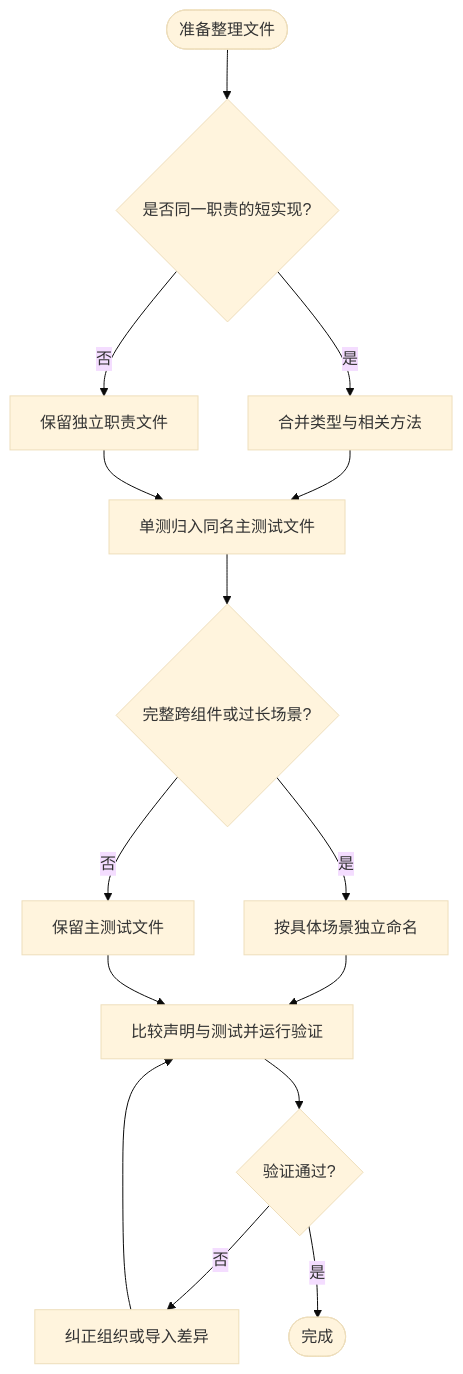
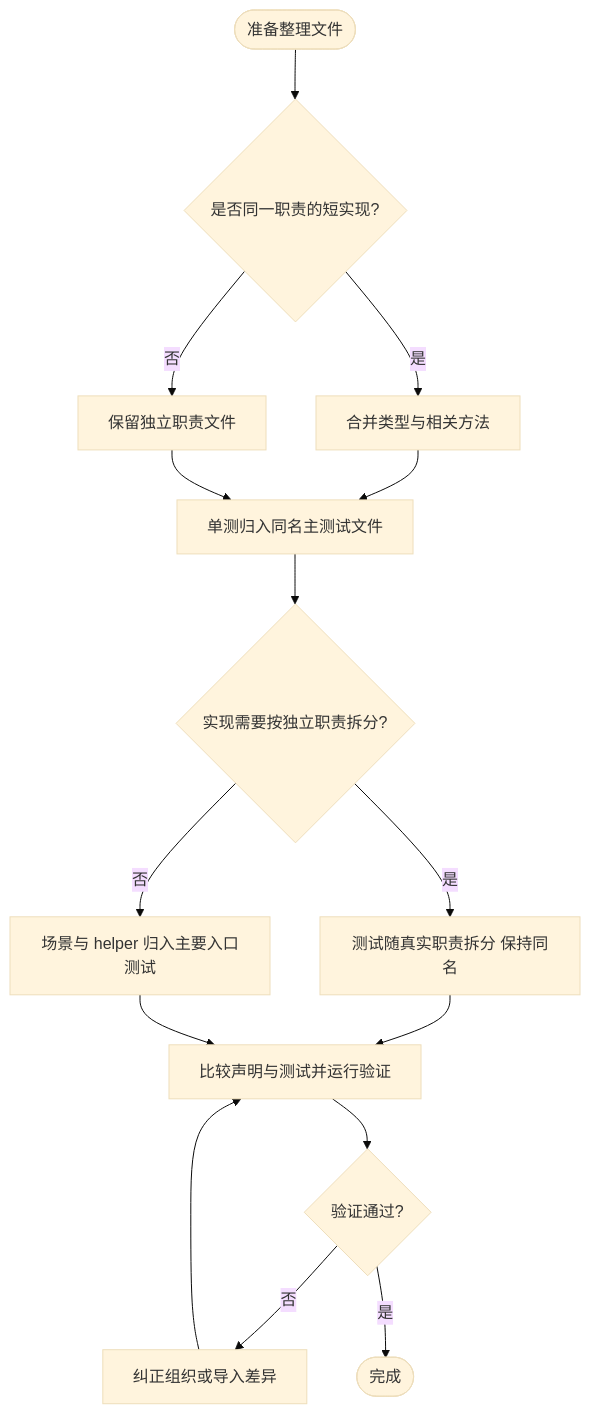
The third of 3 diagrams in pkg/DEVELOPMENT.md (jaggerzhuang1994/kratos-foundation), drawn with Mermaid (base theme) before and after one commit. The commit also changed other lines of this file and 204 other files, not shown here.

````diff
--- a/pkg/DEVELOPMENT.md
+++ b/pkg/DEVELOPMENT.md
@@ -338,17 +335,17 @@
 ```mermaid
 flowchart TD
     A([准备整理文件]) --> B{是否同一职责的短实现?}
     B -- 是 --> C[合并类型与相关方法]
     B -- 否 --> D[保留独立职责文件]
     C --> E[单测归入同名主测试文件]
     D --> E
-    E --> F{完整跨组件或过长场景?}
-    F -- 是 --> G[按具体场景独立命名]
-    F -- 否 --> H[保留主测试文件]
+    E --> F{实现需要按独立职责拆分?}
+    F -- 是 --> G[测试随真实职责拆分 保持同名]
+    F -- 否 --> H[场景与 helper 归入主要入口测试]
     G --> I[比较声明与测试并运行验证]
     H --> I
     I --> J{验证通过?}
     J -- 否 --> K[纠正组织或导入差异]
     K --> I
     J -- 是 --> L([完成])
 ```
````
